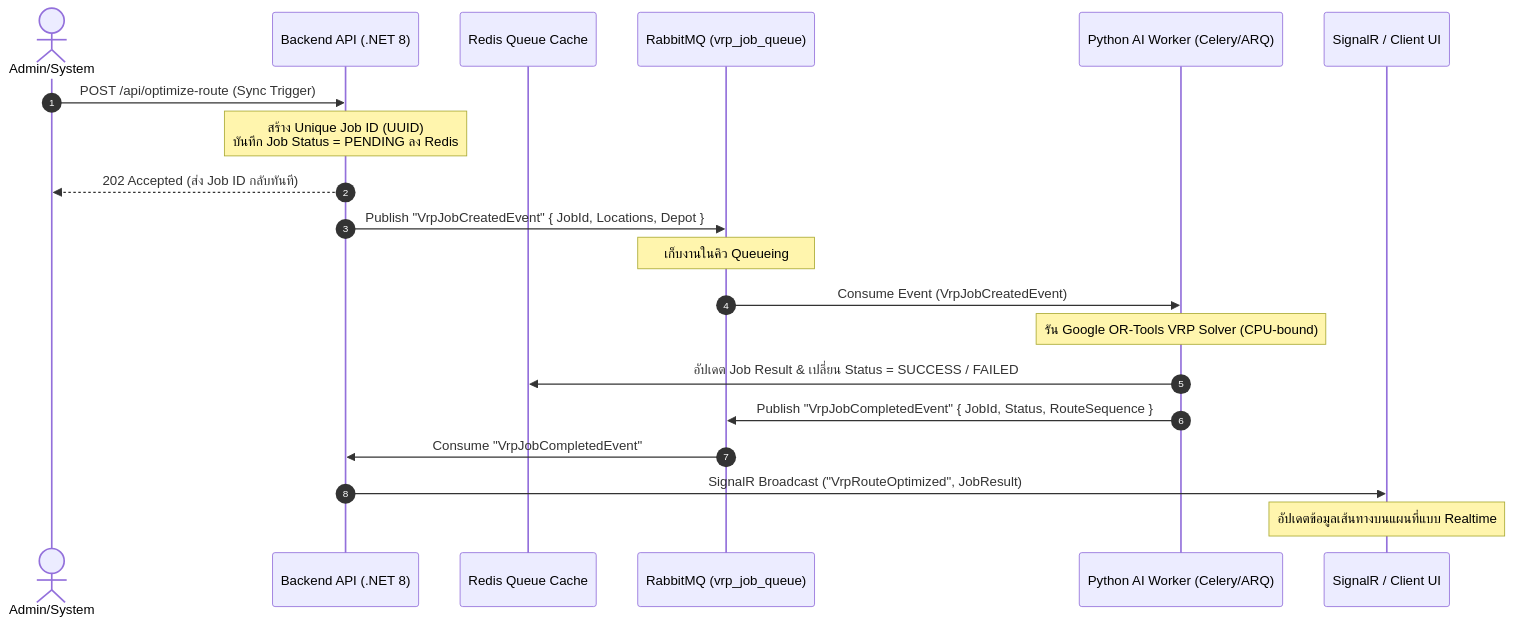
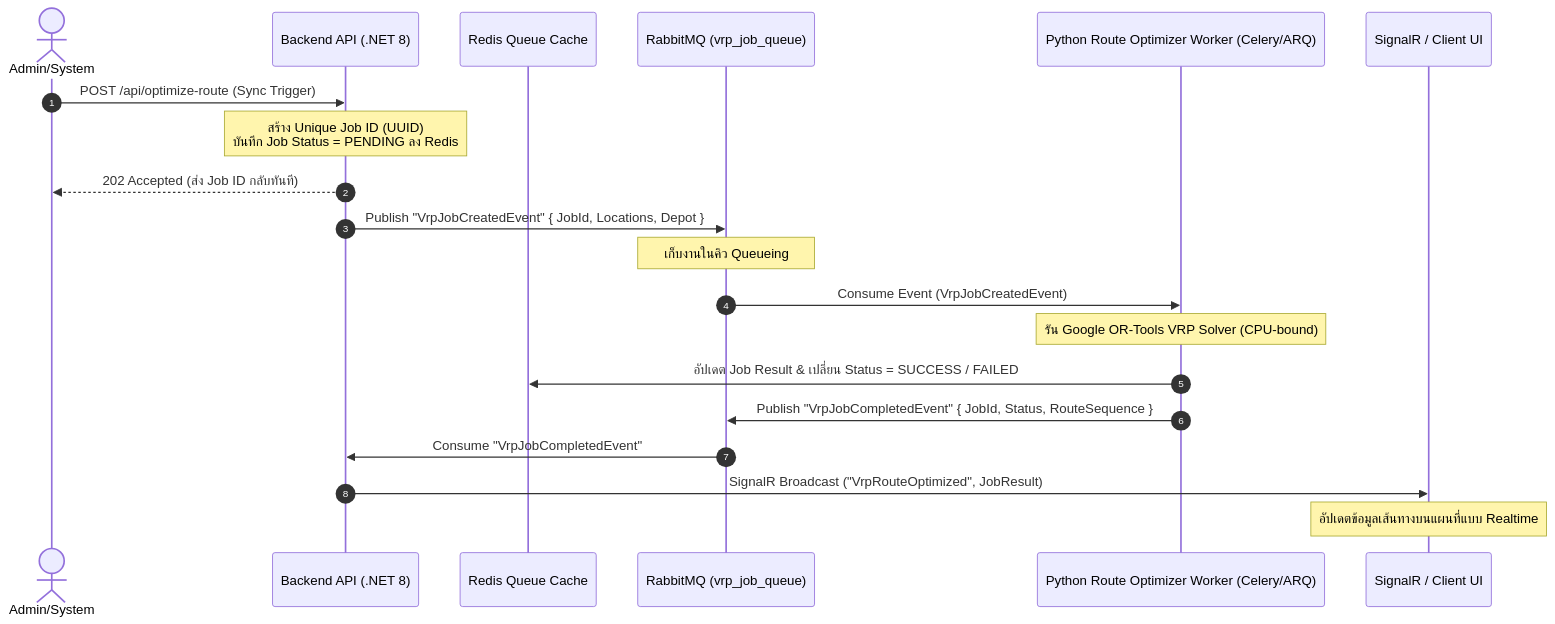
One commit to NineMek04/Delivery changed the diagram in Documents/development/AI-QUEUE-DESIGN.md. Above: the diagram before and after it, drawn with Mermaid. The commit also changed 103 other files, not shown here.

````diff
--- a/Documents/development/AI-QUEUE-DESIGN.md
+++ b/Documents/development/AI-QUEUE-DESIGN.md
@@ -11,27 +11,27 @@
 ```mermaid
 sequenceDiagram
     autonumber
     actor Dispatcher as Admin/System
     participant Gateway as Backend API (.NET 8)
     participant Redis as Redis Queue Cache
     participant MQ as RabbitMQ (vrp_job_queue)
-    participant Worker as Python AI Worker (Celery/ARQ)
+    participant Worker as Python Route Optimizer Worker (Celery/ARQ)
     participant Client as SignalR / Client UI
 
     Dispatcher->>Gateway: POST /api/optimize-route (Sync Trigger)
     Note over Gateway: สร้าง Unique Job ID (UUID)<br/>บันทึก Job Status = PENDING ลง Redis
     Gateway-->>Dispatcher: 202 Accepted (ส่ง Job ID กลับทันที)
     
     Gateway->>MQ: Publish "VrpJobCreatedEvent" { JobId, Locations, Depot }
     Note over MQ: เก็บงานในคิว Queueing
     MQ->>Worker: Consume Event (VrpJobCreatedEvent)
     
     Note over Worker: รัน Google OR-Tools VRP Solver (CPU-bound)
     Worker->>Redis: อัปเดต Job Result & เปลี่ยน Status = SUCCESS / FAILED
     
     Worker->>MQ: Publish "VrpJobCompletedEvent" { JobId, Status, RouteSequence }
     MQ->>Gateway: Consume "VrpJobCompletedEvent"
     
     Gateway->>Client: SignalR Broadcast ("VrpRouteOptimized", JobResult)
     Note over Client: อัปเดตข้อมูลเส้นทางบนแผนที่แบบ Realtime
 ```
````
